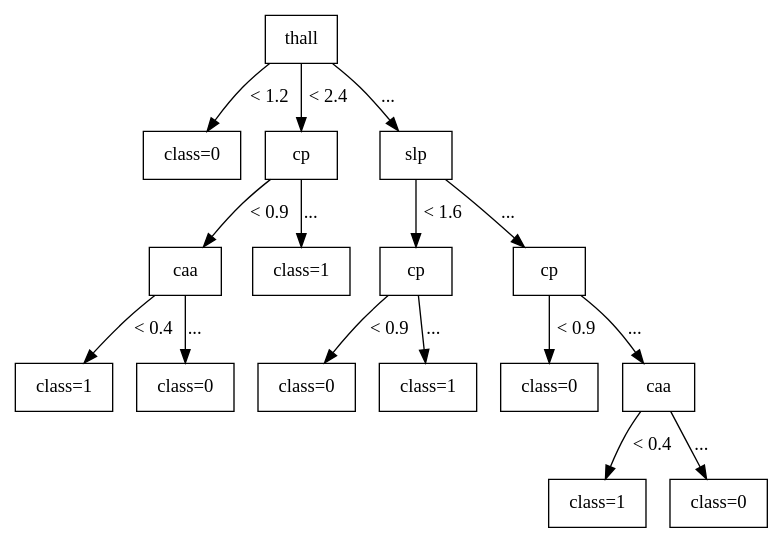
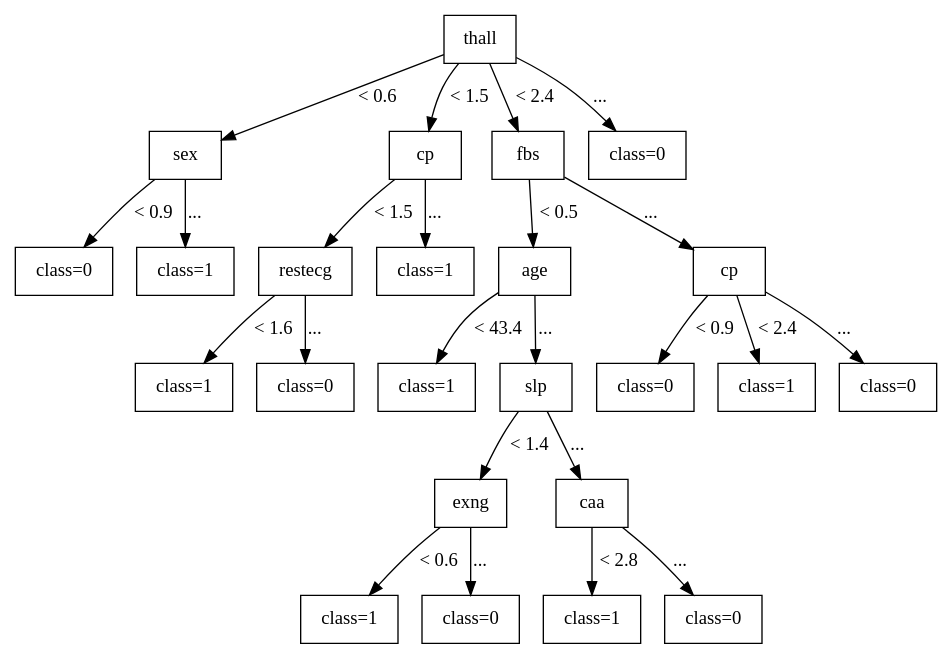
One commit to TakuyaMitarai/NSSESAT_Visualizer changed the diagram in NSSESAT_backend/new_tree.dot. Above: the diagram before and after it, drawn with Graphviz. The commit also changed 15 other files, not shown here.

```diff
--- a/NSSESAT_backend/new_tree.dot
+++ b/NSSESAT_backend/new_tree.dot
@@ -1,45 +1,63 @@
 digraph G {
 node [shape=box];
 node [style=filled, fillcolor=white];
 
 0 [label="thall"];
 
-1 [label="class=0"];
-2 [label="cp"];
-7 [label="slp"];
+1 [label="sex"];
+4 [label="cp"];
+9 [label="fbs"];
+23 [label="class=0"];
 
-0 -> 1 [label="< 1.2"];
-0 -> 2 [label="< 2.4"];
-0 -> 7 [label="..."];
+0 -> 1 [label="< 0.6"];
+0 -> 4 [label="< 1.5"];
+0 -> 9 [label="< 2.4"];
+0 -> 23 [label="..."];
 
-3 [label="caa"];
+2 [label="class=0"];
+3 [label="class=1"];
+5 [label="restecg"];
+8 [label="class=1"];
+10 [label="age"];
+19 [label="cp"];
+
+1 -> 2 [label="< 0.9"];
+1 -> 3 [label="..."];
+4 -> 5 [label="< 1.5"];
+4 -> 8 [label="..."];
+9 -> 10 [label="< 0.5"];
+9 -> 19 [label="..."];
+
 6 [label="class=1"];
-8 [label="cp"];
-11 [label="cp"];
+7 [label="class=0"];
+11 [label="class=1"];
+12 [label="slp"];
+20 [label="class=0"];
+21 [label="class=1"];
+22 [label="class=0"];
 
-2 -> 3 [label="< 0.9"];
-2 -> 6 [label="..."];
-7 -> 8 [label="< 1.6"];
-7 -> 11 [label="..."];
+5 -> 6 [label="< 1.6"];
+5 -> 7 [label="..."];
+10 -> 11 [label="< 43.4"];
+10 -> 12 [label="..."];
+19 -> 20 [label="< 0.9"];
+19 -> 21 [label="< 2.4"];
+19 -> 22 [label="..."];
 
-4 [label="class=1"];
-5 [label="class=0"];
-9 [label="class=0"];
-10 [label="class=1"];
-12 [label="class=0"];
-13 [label="caa"];
+13 [label="exng"];
+16 [label="caa"];
 
-3 -> 4 [label="< 0.4"];
-3 -> 5 [label="..."];
-8 -> 9 [label="< 0.9"];
-8 -> 10 [label="..."];
-11 -> 12 [label="< 0.9"];
-11 -> 13 [label="..."];
+12 -> 13 [label="< 1.4"];
+12 -> 16 [label="..."];
 
 14 [label="class=1"];
 15 [label="class=0"];
+17 [label="class=1"];
+18 [label="class=0"];
 
-13 -> 14 [label="< 0.4"];
+13 -> 14 [label="< 0.6"];
 13 -> 15 [label="..."];
+16 -> 17 [label="< 2.8"];
+16 -> 18 [label="..."];
 
 }
```
